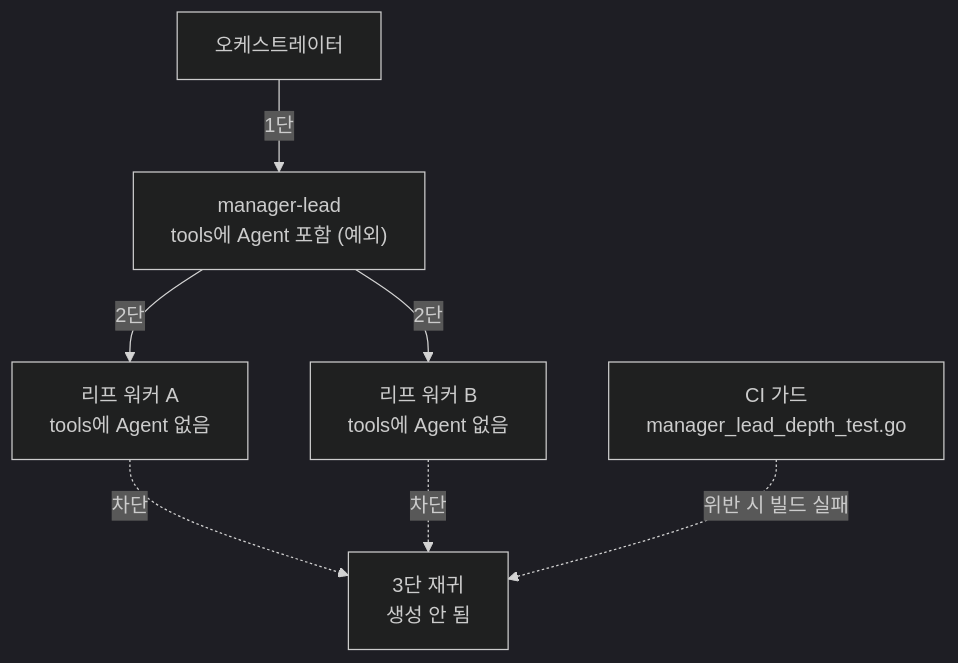
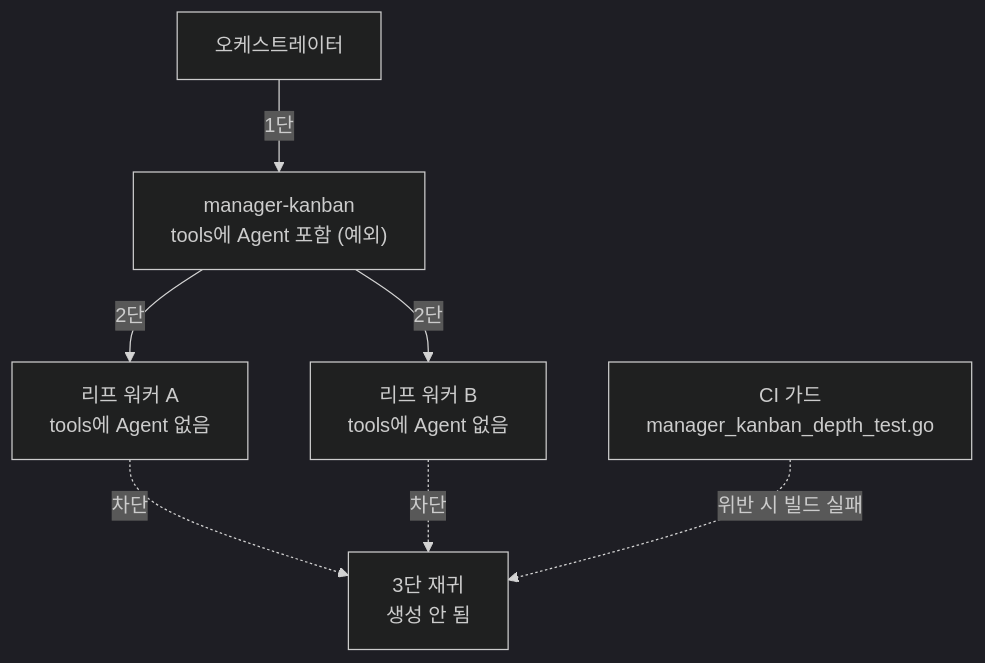
Before and after one commit to modu-ai/moai-adk: the fourth of 4 diagrams in docs-site/content/ko/advanced/agent-guide.md, drawn with Mermaid (dark theme). The commit also changed other lines of this file and 69 other files, not shown here.

First line of the commit message:
feat(kanban): rename manager-lead to manager-kanban + add /moai todo backlog and dispatch protocol

````diff
--- a/docs-site/content/ko/advanced/agent-guide.md
+++ b/docs-site/content/ko/advanced/agent-guide.md
@@ -189,9 +189,9 @@
 ```mermaid
 flowchart TD
-    ORCH["오케스트레이터"] -->|"1단"| LEAD["manager-lead<br>tools에 Agent 포함 (예외)"]
+    ORCH["오케스트레이터"] -->|"1단"| LEAD["manager-kanban<br>tools에 Agent 포함 (예외)"]
     LEAD -->|"2단"| W1["리프 워커 A<br>tools에 Agent 없음"]
     LEAD -->|"2단"| W2["리프 워커 B<br>tools에 Agent 없음"]
     W1 -.->|"차단"| X["3단 재귀<br>생성 안 됨"]
     W2 -.->|"차단"| X
-    GUARD["CI 가드<br>manager_lead_depth_test.go"] -.->|"위반 시 빌드 실패"| X
+    GUARD["CI 가드<br>manager_kanban_depth_test.go"] -.->|"위반 시 빌드 실패"| X
 ```
````
